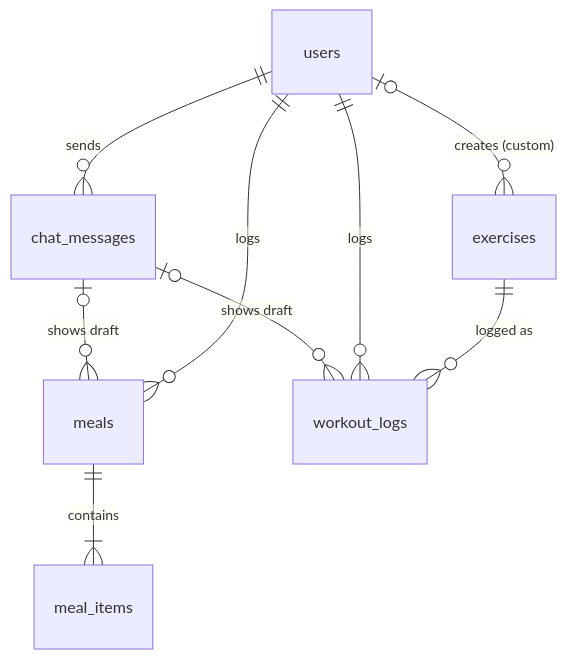
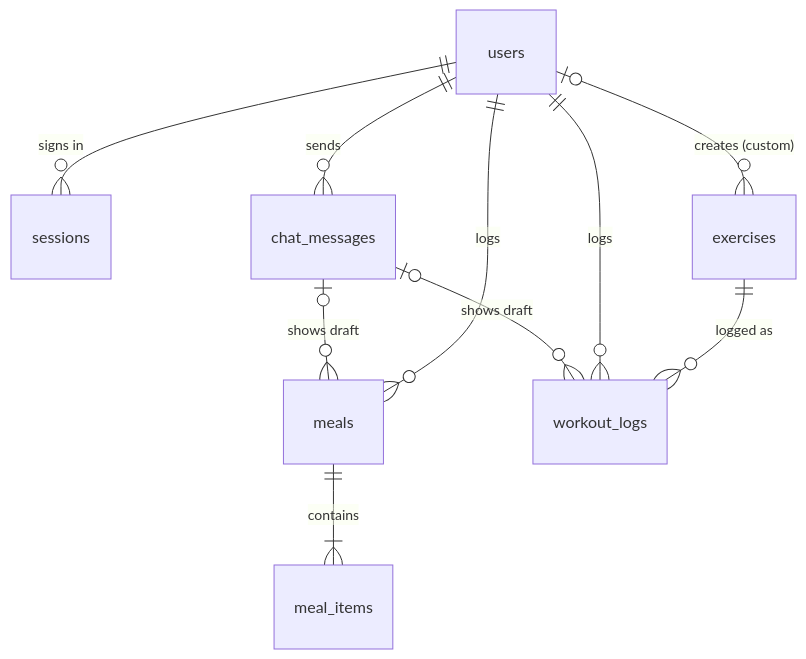
One commit to SethVerdin/Atlas changed the diagram in docs/database.md. Above: the diagram before and after it, drawn with Mermaid. The commit also changed other lines of this file and 28 other files, not shown here.

````diff
--- a/docs/database.md
+++ b/docs/database.md
@@ -38,11 +38,12 @@
 ```mermaid
 erDiagram
+    users ||--o{ sessions : "signs in"
     users ||--o{ chat_messages : sends
     chat_messages |o--o{ meals : "shows draft"
     chat_messages |o--o{ workout_logs : "shows draft"
     users ||--o{ meals : logs
     meals ||--|{ meal_items : contains
     users ||--o{ workout_logs : logs
     users |o--o{ exercises : "creates (custom)"
     exercises ||--o{ workout_logs : "logged as"
 ```
````
